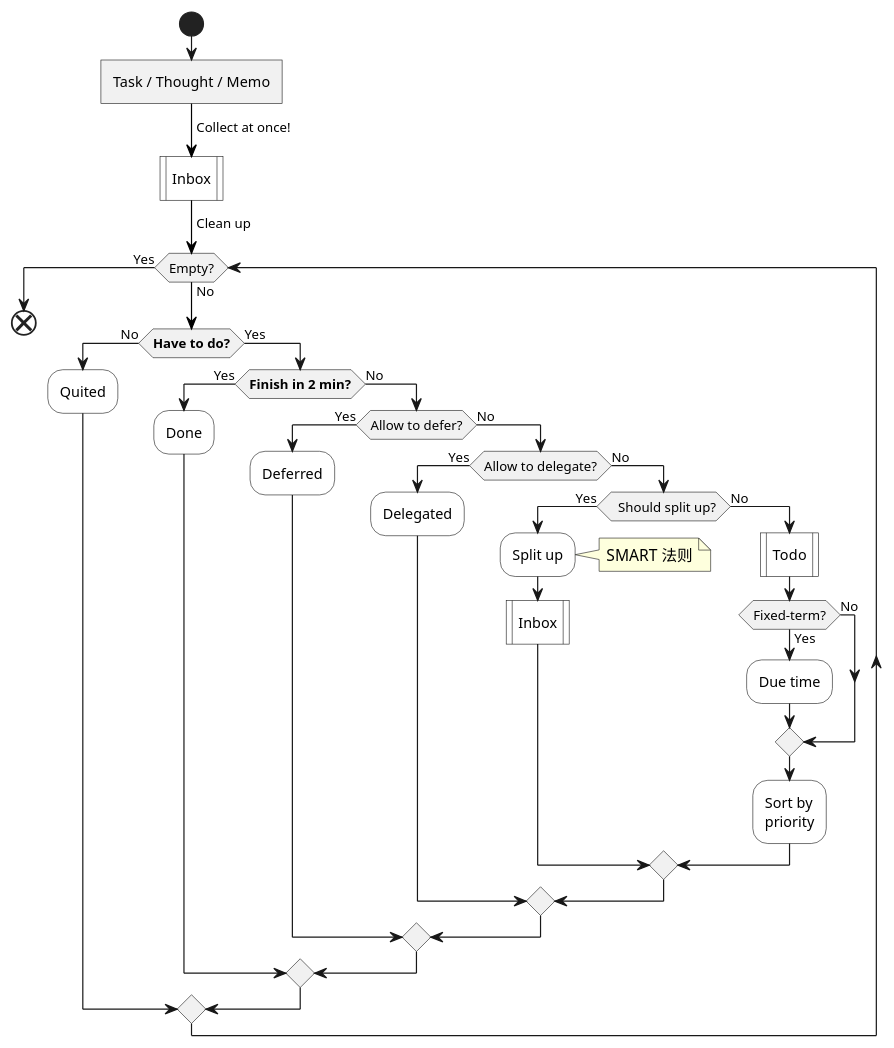
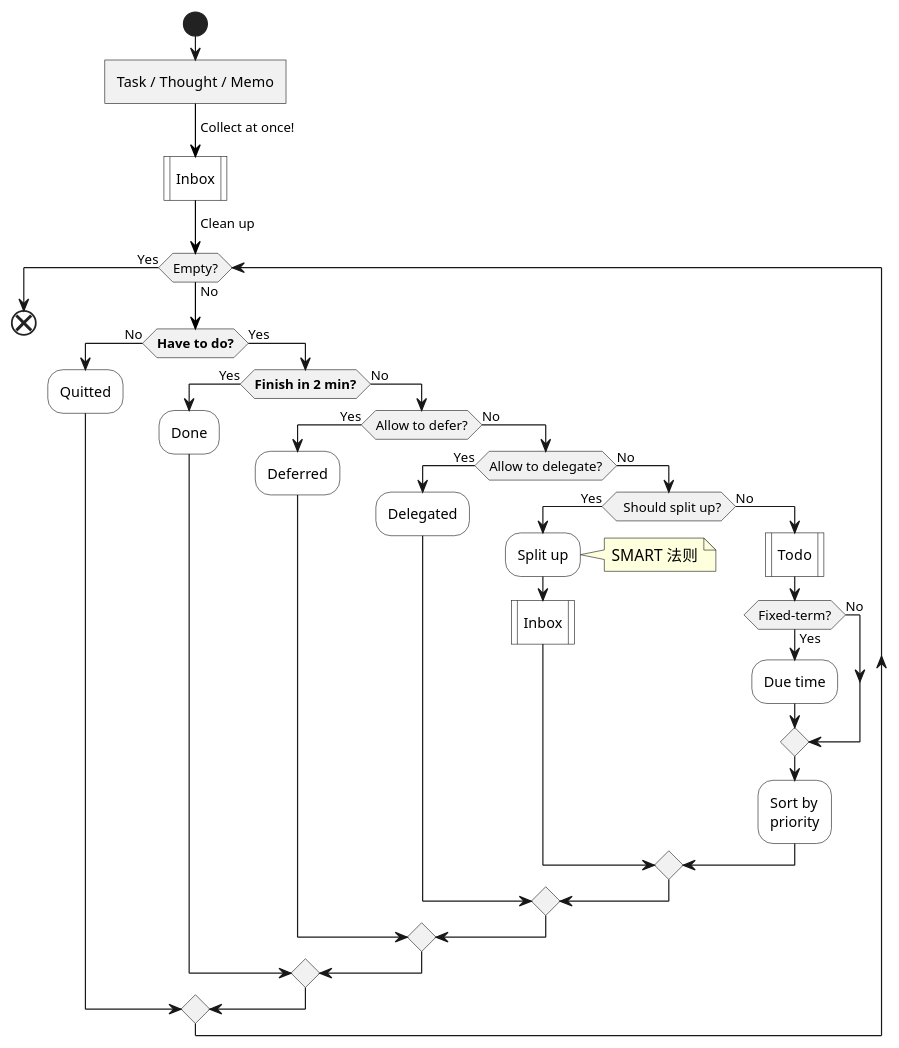
Before and after one commit to IceHe/icehe-lib: the first of 5 diagrams in snips/principles/gtd.md, drawn with PlantUML. The commit also changed other lines of this file and 1 other file, not shown here.

````diff
--- a/snips/principles/gtd.md
+++ b/snips/principles/gtd.md
@@ -191,40 +17,40 @@
 ```plantuml
 @startuml
 start
 :Task / Thought / Memo]
 -[#black]-> Collect at once!;
 #white:Inbox|
 -[#black]-> Clean up;
 while (Empty?) is (No)
     if (**Have to do?**) then (No)
-        #white:Quited;
+        #white:Quitted;
     else (Yes)
         if (**Finish in 2 min?**) then (Yes)
             #white:Done;
         else (No)
             if (Allow to defer?) then (Yes)
                 #white:Deferred;
             else (No)
                 if (Allow to delegate?) then (Yes)
                     #white:Delegated;
                 else (No)
                     if (  Should split up?) then (Yes)
                         #white:Split up;
                         note right : SMART 法则
                         #white:Inbox|
                     else (No)
                         #white:Todo|
                         if (Fixed-term?) then (Yes)
                             #white:Due time;
                         else (No)
                         endif
                         #white:Sort by\npriority;
                     endif
                 endif
             endif
         endif
     endif
 endwhile (Yes)
 end
 @enduml
 ```
````
